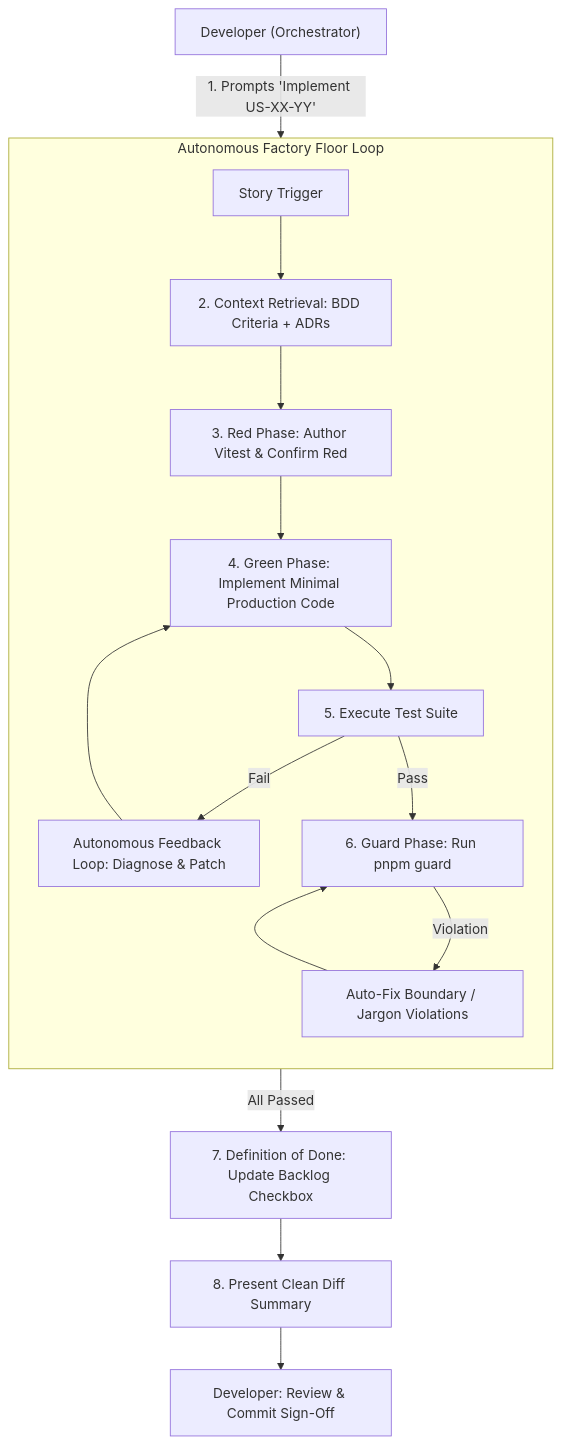
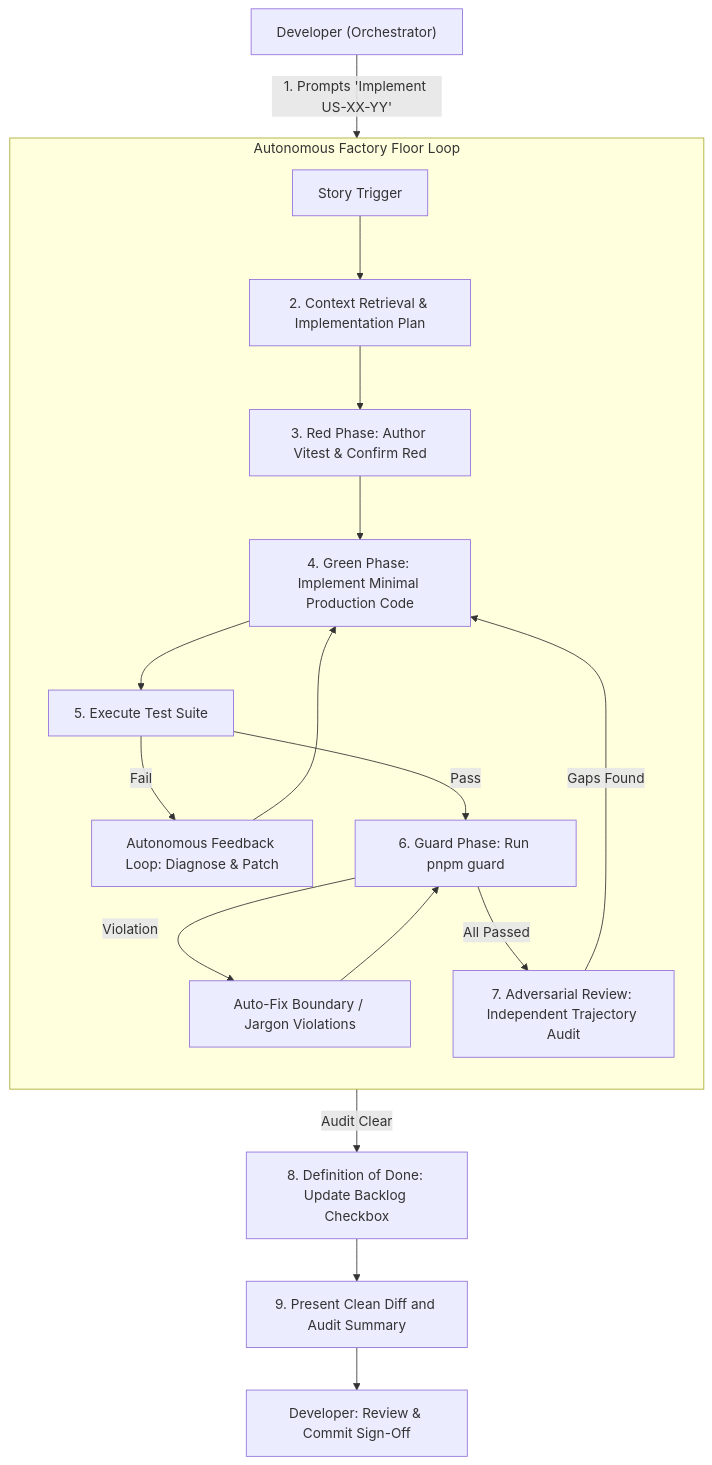
One commit to huyle-gradion/chat-bridge-1 changed the second of 2 diagrams in docs/factory-model-setup.md. Above: the diagram before and after it, drawn with Mermaid. The commit also changed other lines of this file and 2 other files, not shown here.

Commit message:
docs(factory): adopt 6-step story lifecycle and adversarial review

````diff
--- a/docs/factory-model-setup.md
+++ b/docs/factory-model-setup.md
@@ -219,23 +219,26 @@
 ```mermaid
 flowchart TD
     Dev["Developer (Orchestrator)"] -->|1. Prompts 'Implement US-XX-YY'| Trigger["Story Trigger"]
     
     subgraph FactoryLoop["Autonomous Factory Floor Loop"]
         direction TB
-        Trigger --> Load["2. Context Retrieval: BDD Criteria + ADRs"]
+        Trigger --> Load["2. Context Retrieval & Implementation Plan"]
         Load --> Red["3. Red Phase: Author Vitest & Confirm Red"]
         Red --> Green["4. Green Phase: Implement Minimal Production Code"]
         Green --> RunTest["5. Execute Test Suite"]
         
         RunTest -->|Fail| Heal["Autonomous Feedback Loop: Diagnose & Patch"]
         Heal --> Green
         
         RunTest -->|Pass| Guards["6. Guard Phase: Run pnpm guard"]
         Guards -->|Violation| FixGuards["Auto-Fix Boundary / Jargon Violations"]
         FixGuards --> Guards
+        
+        Guards -->|All Passed| Audit["7. Adversarial Review: Independent Trajectory Audit"]
+        Audit -->|Gaps Found| Green
     end
     
-    Guards -->|All Passed| Done["7. Definition of Done: Update Backlog Checkbox"]
-    Done --> Review["8. Present Clean Diff Summary"]
+    Audit -->|Audit Clear| Done["8. Definition of Done: Update Backlog Checkbox"]
+    Done --> Review["9. Present Clean Diff and Audit Summary"]
     Review --> DevSignOff["Developer: Review & Commit Sign-Off"]
 ```
````
